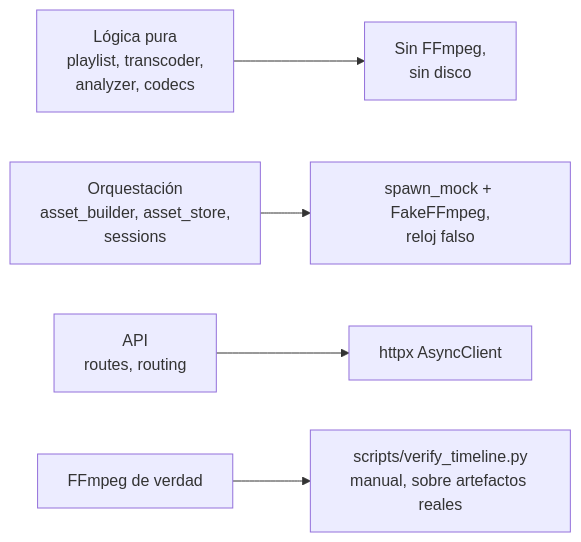
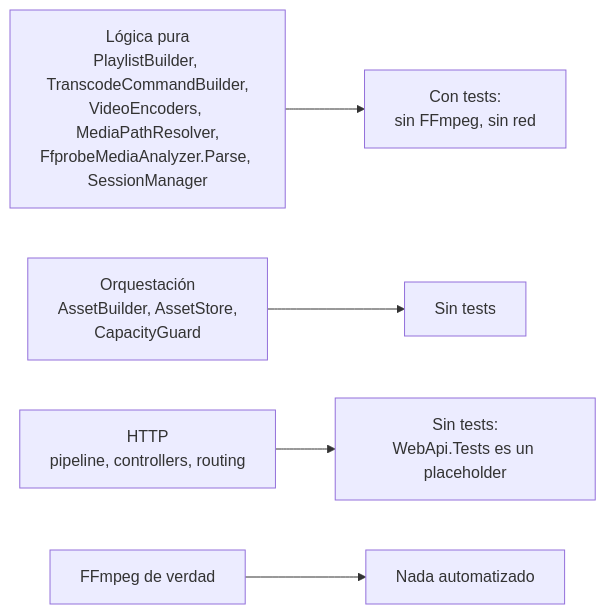
Before and after one commit to Juan045/home-stream-app: diagram 15 of 15 in system_arquitecture.md, drawn with Mermaid. The commit also changed other lines of this file and 8 other files, not shown here.

````diff
--- a/system_arquitecture.md
+++ b/system_arquitecture.md
@@ -695,7 +742,7 @@
 ```mermaid
 flowchart LR
-    PURA["Lógica pura<br/>playlist, transcoder,<br/>analyzer, codecs"] --> RAPID["Sin FFmpeg,<br/>sin disco"]
-    ORQ["Orquestación<br/>asset_builder, asset_store,<br/>sessions"] --> MOCK["spawn_mock + FakeFFmpeg,<br/>reloj falso"]
-    HTTP["API<br/>routes, routing"] --> ASGI["httpx AsyncClient"]
-    REAL["FFmpeg de verdad"] --> MANUAL["scripts/verify_timeline.py<br/>manual, sobre artefactos reales"]
+    PURA["Lógica pura<br/>PlaylistBuilder, TranscodeCommandBuilder,<br/>VideoEncoders, MediaPathResolver,<br/>FfprobeMediaAnalyzer.Parse, SessionManager"] --> OK["Con tests:<br/>sin FFmpeg, sin red"]
+    ORQ["Orquestación<br/>AssetBuilder, AssetStore,<br/>CapacityGuard"] --> NO1["Sin tests"]
+    HTTP["HTTP<br/>pipeline, controllers, routing"] --> NO2["Sin tests:<br/>WebApi.Tests es un placeholder"]
+    REAL["FFmpeg de verdad"] --> NO3["Nada automatizado"]
 ```
````
